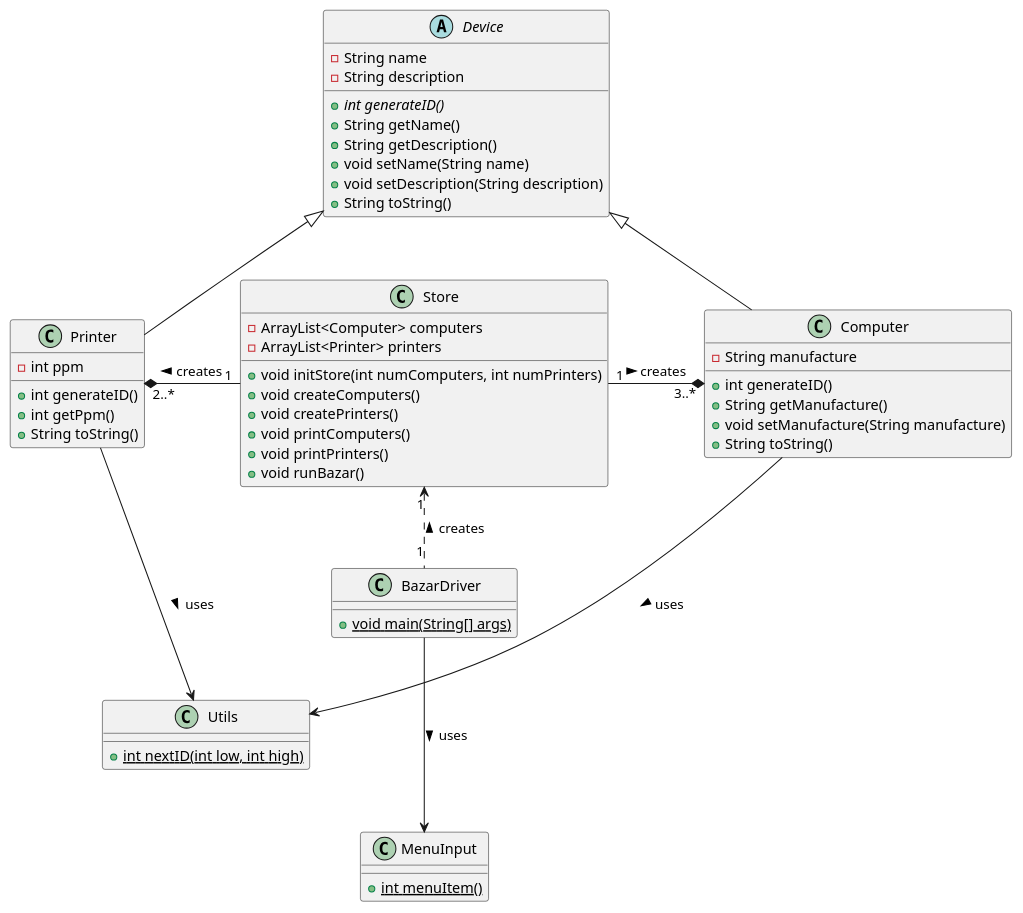
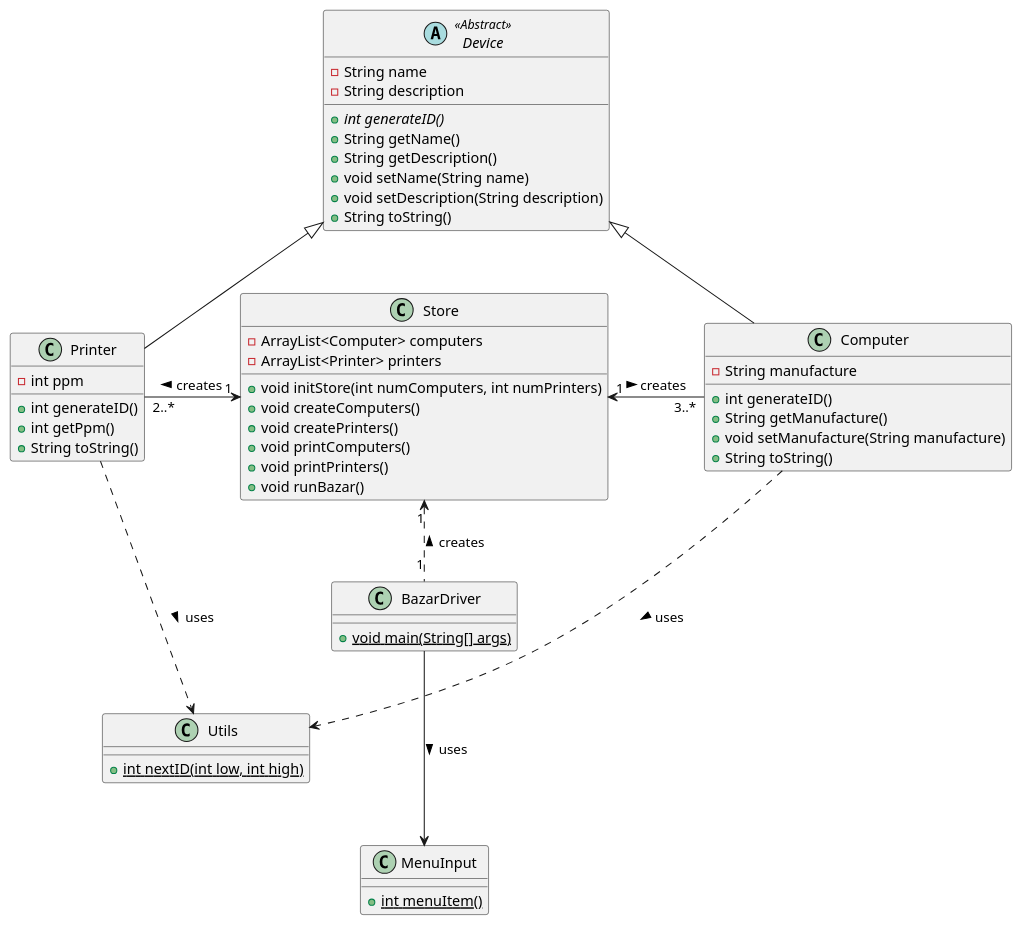
Before and after one commit to jenul-ferdinand/digital-bazaar: the diagram in Docs/Diagram.puml, drawn with PlantUML. The commit also changed 1 other file, not shown here.

Commit message:
Updated the UML Diagram, to fix the issues brought up in the last interview

```diff
--- a/Docs/Diagram.puml
+++ b/Docs/Diagram.puml
@@ -1,65 +1,65 @@
 @startuml
 
 class BazarDriver {
     + {static} void main(String[] args)
 }
 
 class Store {
     - ArrayList<Computer> computers
     - ArrayList<Printer> printers
     + void initStore(int numComputers, int numPrinters)
     + void createComputers()
     + void createPrinters()
     + void printComputers()
     + void printPrinters()
     + void runBazar()
 }
 
 class Printer {
     - int ppm
     + int generateID()
     + int getPpm()
     + String toString()
 }
 
 class Computer {
     - String manufacture
     + int generateID()
     + String getManufacture()
     + void setManufacture(String manufacture)
     + String toString()
 }
 
-abstract class Device {
+abstract class Device <<Abstract>> {
     - String name
     - String description
     + {abstract} int generateID()
     + String getName()
     + String getDescription()
     + void setName(String name)
     + void setDescription(String description)
     + String toString()
 }
 
 class MenuInput {
     + {static} int menuItem()
 }
 
 class Utils {
     + {static} int nextID(int low, int high)
 }
 
 Printer -u-|> Device
 Computer -u-|> Device
 
-Printer "2..*" *-r- "1" Store : creates <
-Computer "3..*" *-l- "1" Store : creates <
+Printer "2..*" -r-> "1" Store : creates <
+Computer "3..*" -l-> "1" Store : creates <
 
-Printer ---> Utils : uses >
-Computer --->  Utils : uses >
+Printer ...> Utils : uses >
+Computer ...>  Utils : uses >
 
 BazarDriver "1" .u.> "1" Store : creates >
 BazarDriver ---> MenuInput : uses >
 
 
 @enduml
```
